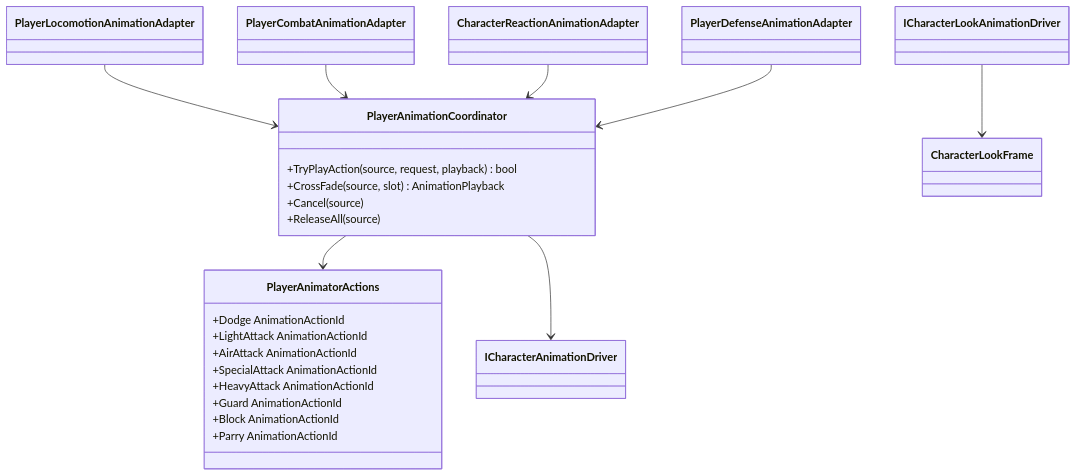
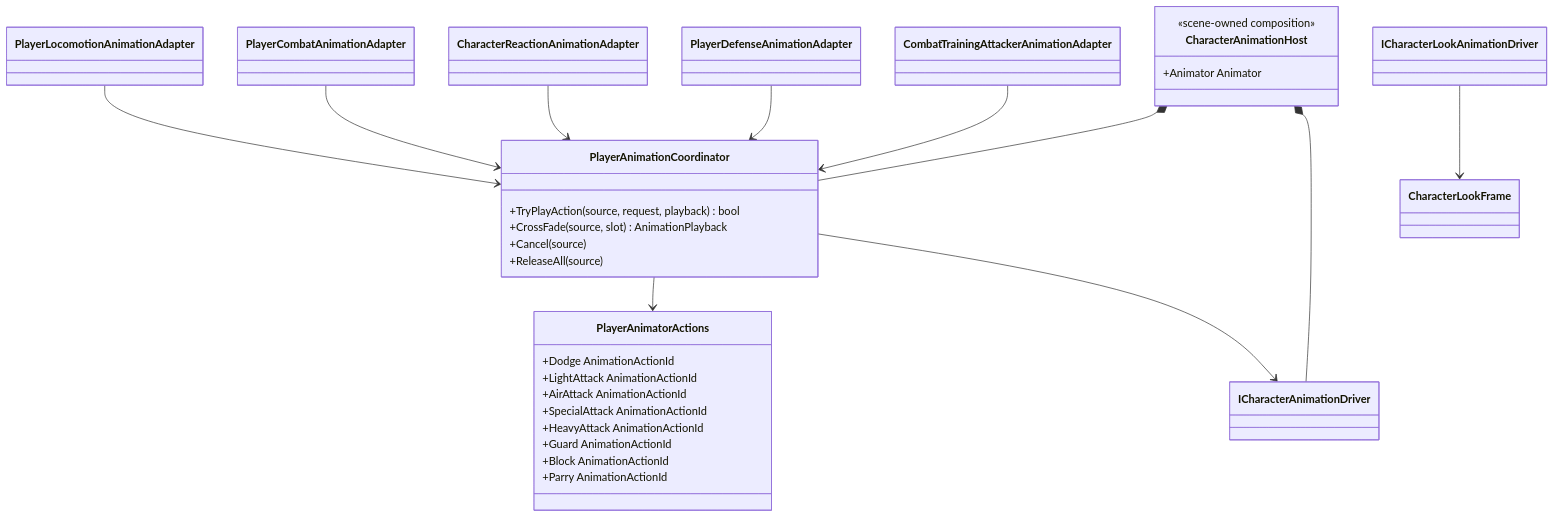
One commit to MaximFonariuc/project-s changed the diagram in Assets/_App/Core/Runtime/Character/AnimationController/README.md. Above: the diagram before and after it, drawn with Mermaid. The commit also changed other lines of this file and 9 other files, not shown here.

Commit message:
refactor(animation): centralize scene actor presentation

````diff
--- a/Assets/_App/Core/Runtime/Character/AnimationController/README.md
+++ b/Assets/_App/Core/Runtime/Character/AnimationController/README.md
@@ -8,34 +8,42 @@
 ```mermaid
 classDiagram
     class PlayerAnimatorActions {
         +Dodge AnimationActionId
         +LightAttack AnimationActionId
         +AirAttack AnimationActionId
         +SpecialAttack AnimationActionId
         +HeavyAttack AnimationActionId
         +Guard AnimationActionId
         +Block AnimationActionId
         +Parry AnimationActionId
     }
     class PlayerAnimationCoordinator {
         +TryPlayAction(source, request, playback) bool
         +CrossFade(source, slot) AnimationPlayback
         +Cancel(source)
         +ReleaseAll(source)
     }
+    class CharacterAnimationHost {
+        <<scene-owned composition>>
+        +Animator Animator
+    }
     class ICharacterAnimationDriver
     class ICharacterLookAnimationDriver
     class CharacterLookFrame
     class PlayerLocomotionAnimationAdapter
     class PlayerCombatAnimationAdapter
     class CharacterReactionAnimationAdapter
     class PlayerDefenseAnimationAdapter
+    class CombatTrainingAttackerAnimationAdapter
 
     PlayerLocomotionAnimationAdapter --> PlayerAnimationCoordinator
     PlayerCombatAnimationAdapter --> PlayerAnimationCoordinator
     CharacterReactionAnimationAdapter --> PlayerAnimationCoordinator
     PlayerDefenseAnimationAdapter --> PlayerAnimationCoordinator
+    CombatTrainingAttackerAnimationAdapter --> PlayerAnimationCoordinator
+    CharacterAnimationHost *-- PlayerAnimationCoordinator
+    CharacterAnimationHost *-- ICharacterAnimationDriver
     PlayerAnimationCoordinator --> PlayerAnimatorActions
     PlayerAnimationCoordinator --> ICharacterAnimationDriver
     ICharacterLookAnimationDriver --> CharacterLookFrame
 ```
````
